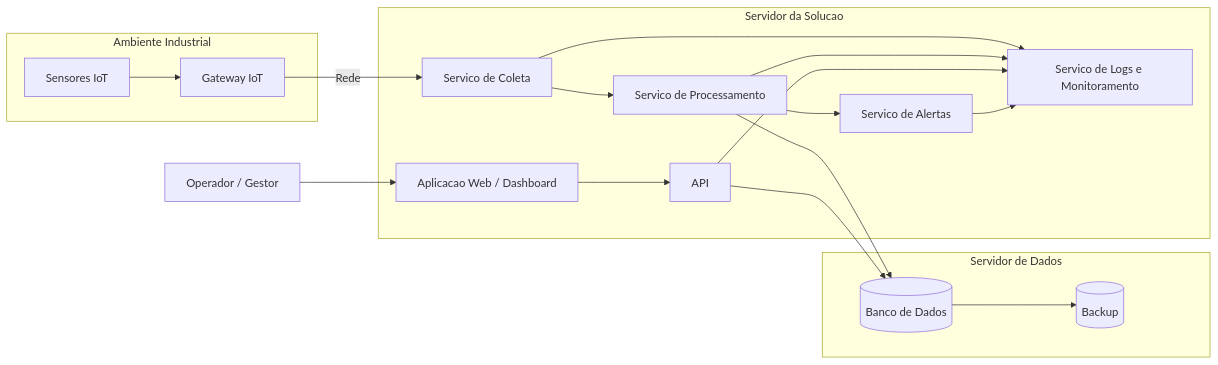
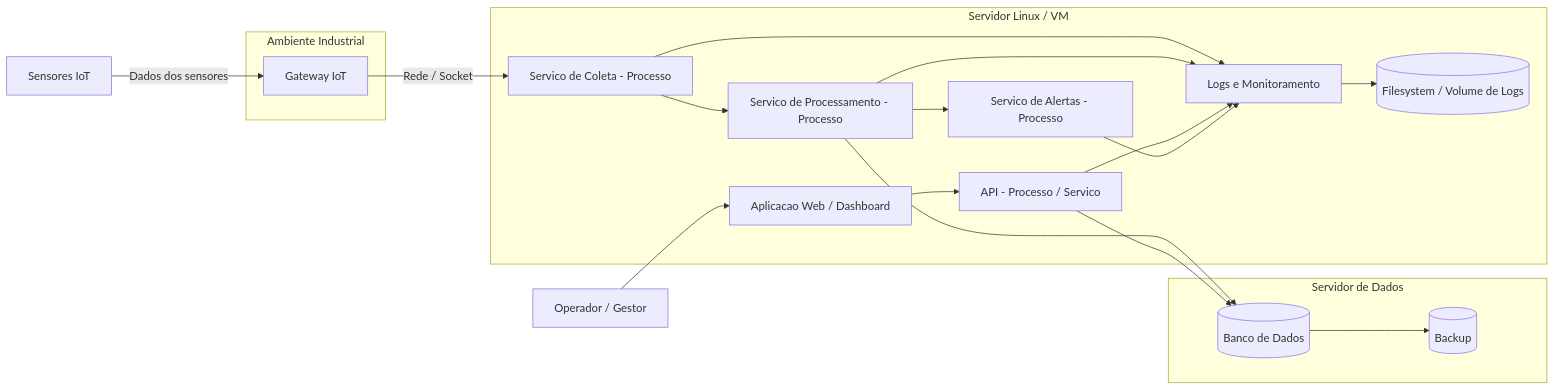
The diagram in diagrams/deployment.mmd (luanhideky/fatec-iso001-2026-2-squad-equipe10), drawn with Mermaid before and after one commit. The commit also changed 4 other files, not shown here.

```diff
--- a/diagrams/deployment.mmd
+++ b/diagrams/deployment.mmd
@@ -1,43 +1,42 @@
 flowchart LR
 
     SEN[Sensores IoT]
-    GW[Gateway IoT]
+    USER[Operador / Gestor]
 
     subgraph EDGE["Ambiente Industrial"]
-        SEN
-        GW
+        GW[Gateway IoT]
     end
 
-    subgraph SRV["Servidor da Solucao"]
-        COL[Servico de Coleta]
-        PROC[Servico de Processamento]
-        API[API]
+    subgraph HOST["Servidor Linux / VM"]
         APP[Aplicacao Web / Dashboard]
-        ALT[Servico de Alertas]
-        LOG[Servico de Logs e Monitoramento]
+        API[API - Processo / Servico]
+        COL[Servico de Coleta - Processo]
+        PROC[Servico de Processamento - Processo]
+        ALT[Servico de Alertas - Processo]
+        LOG[Logs e Monitoramento]
+        FS[(Filesystem / Volume de Logs)]
     end
 
     subgraph DATA["Servidor de Dados"]
         DB[(Banco de Dados)]
         BK[(Backup)]
     end
 
-    USER[Operador / Gestor]
-
-    SEN --> GW
-    GW -->|Rede| COL
+    SEN -->|Dados dos sensores| GW
+    GW -->|Rede / Socket| COL
 
     COL --> PROC
     PROC --> DB
     PROC --> ALT
 
     USER --> APP
     APP --> API
     API --> DB
 
     COL --> LOG
     PROC --> LOG
     API --> LOG
     ALT --> LOG
 
+    LOG --> FS
     DB --> BK
```
